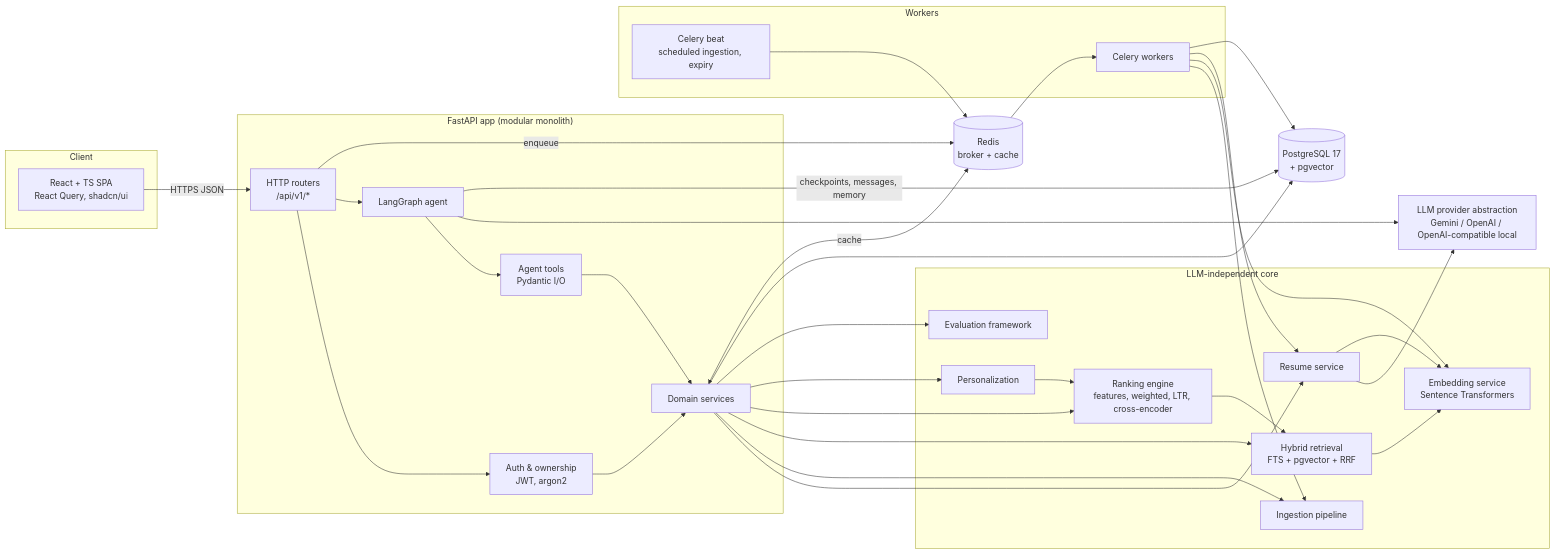
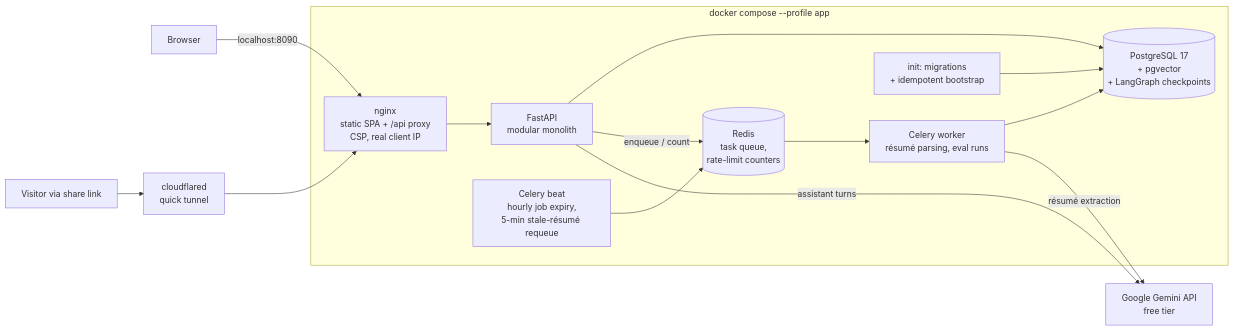
One commit to afreenanz/talent-intelligence-engine changed the first of 3 diagrams in docs/architecture.md. Above: the diagram before and after it, drawn with Mermaid. The commit also changed other lines of this file and 11 other files, not shown here.

````diff
--- a/docs/architecture.md
+++ b/docs/architecture.md
@@ -18,53 +18,27 @@
 ```mermaid
 flowchart LR
-    subgraph Client
-        FE[React + TS SPA<br/>React Query, shadcn/ui]
+    V[Browser] -->|localhost:8090| WEB
+    T[Visitor via share link] --> CF[cloudflared<br/>quick tunnel] --> WEB
+
+    subgraph Docker["docker compose --profile app"]
+        WEB[nginx<br/>static SPA + /api proxy<br/>CSP, real client IP]
+        API[FastAPI<br/>modular monolith]
+        W[Celery worker<br/>résumé parsing, eval runs]
+        B[Celery beat<br/>hourly job expiry,<br/>5-min stale-résumé requeue]
+        PG[(PostgreSQL 17<br/>+ pgvector<br/>+ LangGraph checkpoints)]
+        RD[(Redis<br/>task queue,<br/>rate-limit counters)]
+        INIT[init: migrations<br/>+ idempotent bootstrap]
     end
 
-    subgraph API["FastAPI app (modular monolith)"]
-        R[HTTP routers<br/>/api/v1/*]
-        AUTH[Auth & ownership<br/>JWT, argon2]
-        SVC[Domain services]
-        AG[LangGraph agent]
-        TOOLS[Agent tools<br/>Pydantic I/O]
-    end
+    GEM[Google Gemini API<br/>free tier]
 
-    subgraph Core["LLM-independent core"]
-        RES[Resume service]
-        ING[Ingestion pipeline]
-        EMB[Embedding service<br/>Sentence Transformers]
-        RET[Hybrid retrieval<br/>FTS + pgvector + RRF]
-        RANK[Ranking engine<br/>features, weighted, LTR, cross-encoder]
-        PERS[Personalization]
-        EVAL[Evaluation framework]
-    end
-
-    LLM[LLM provider abstraction<br/>Gemini / OpenAI / OpenAI-compatible local]
-
-    subgraph Workers
-        CEL[Celery workers]
-        BEAT[Celery beat<br/>scheduled ingestion, expiry]
-    end
-
-    PG[(PostgreSQL 17<br/>+ pgvector)]
-    RD[(Redis<br/>broker + cache)]
-
-    FE -->|HTTPS JSON| R
-    R --> AUTH --> SVC
-    R --> AG
-    AG --> TOOLS --> SVC
-    AG --> LLM
-    SVC --> RES & ING & RET & RANK & PERS & EVAL
-    RES --> LLM
-    RES --> EMB
-    RET --> EMB
-    RANK --> RET
-    PERS --> RANK
-    SVC --> PG
-    AG -->|checkpoints, messages, memory| PG
-    SVC <-->|cache| RD
-    R -->|enqueue| RD --> CEL
-    BEAT --> RD
-    CEL --> ING & EMB & RES
-    CEL --> PG
+    WEB --> API
+    API --> PG
+    API -->|enqueue / count| RD
+    RD --> W
+    B --> RD
+    W --> PG
+    API -->|assistant turns| GEM
+    W -->|résumé extraction| GEM
+    INIT --> PG
 ```
````
